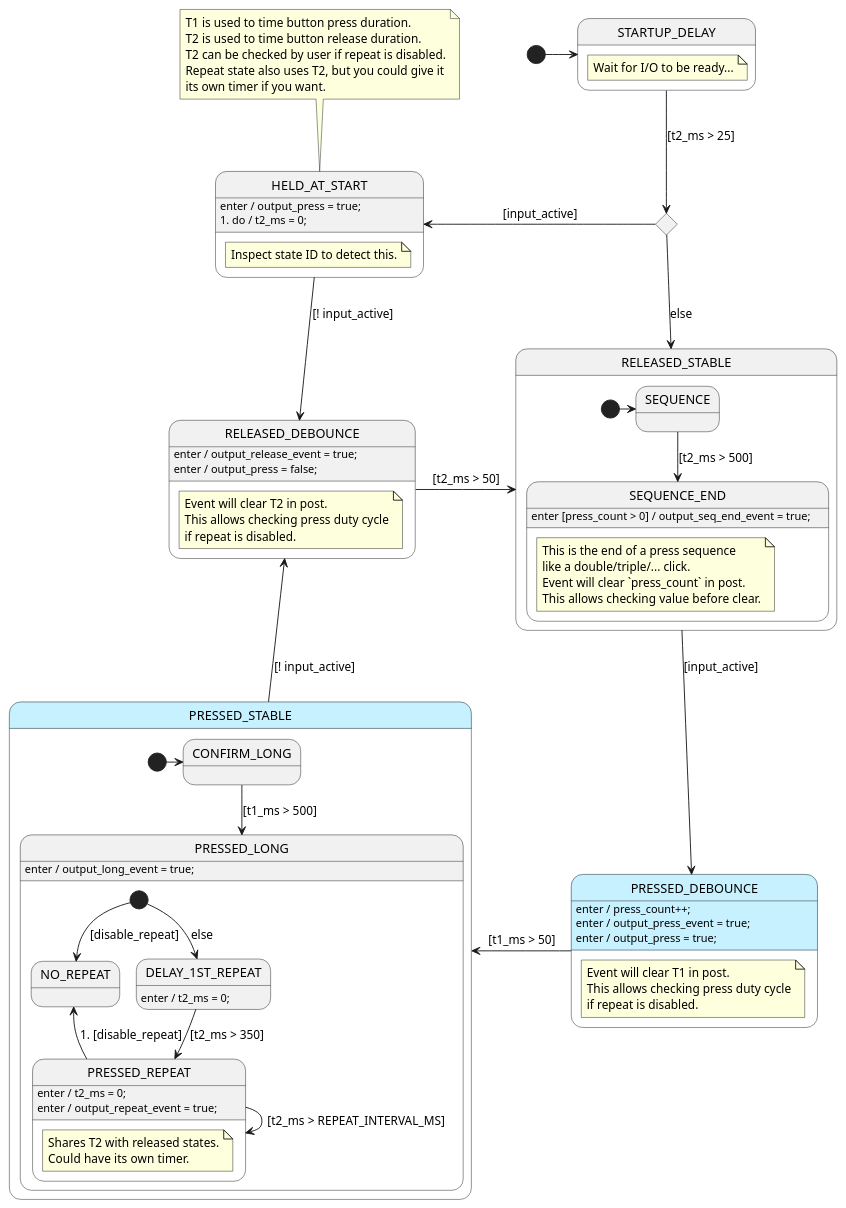
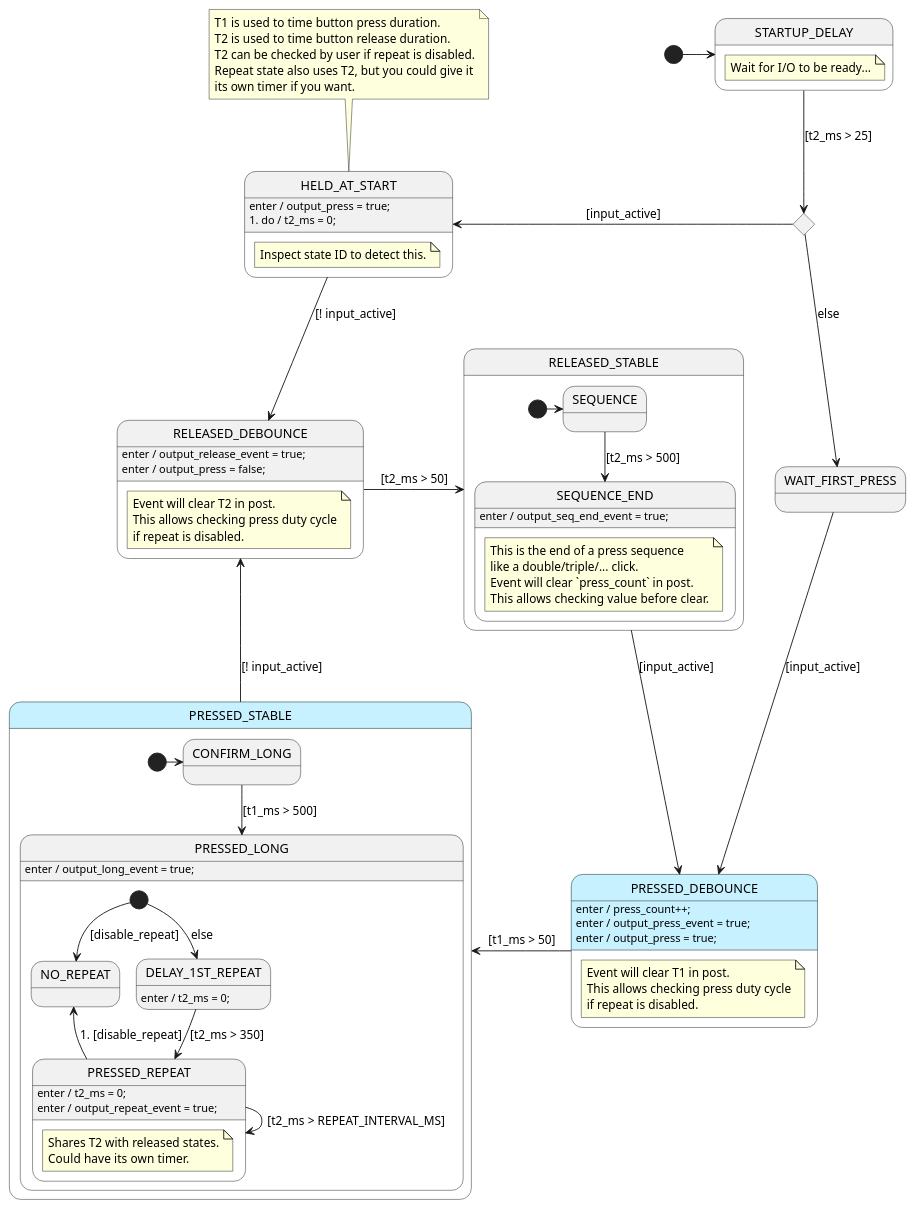
Before and after one commit to adamfk/bespoke-button: the diagram in src/bb2/bb2-c/BeButton2Sm.plantuml, drawn with PlantUML.

Commit message:
add wait first press

```diff
--- a/src/bb2/bb2-c/BeButton2Sm.plantuml
+++ b/src/bb2/bb2-c/BeButton2Sm.plantuml
@@ -1,174 +1,177 @@
 @startuml BeButton2Sm
 
 ' /////////////////////////// Styles ////////////////////////////////
 ' Define some colors for the states. Totally optional.
 skinparam state {
     ' pressed style:
     BackgroundColor<<press_style>> #c7f1ff
 }
 
 ' //////////////////////// STATE ORGANIZATION ///////////////////////
 ' Note: StateSmith treats state names and events as case insensitive.
 ' More info: https://github.com/StateSmith/StateSmith/wiki/PlantUML
 
 state STARTUP_DELAY  {
     note "Wait for I/O to be ready..." as N1
 }
 state INIT_CHOICE<<choice>>
 
 state HELD_AT_START {
     note "Inspect state ID to detect this." as N1
 }
 
 note top of HELD_AT_START
     T1 is used to time button press duration.
     T2 is used to time button release duration.
     T2 can be checked by user if repeat is disabled.
     Repeat state also uses T2, but you could give it
     its own timer if you want.
 end note
 
 state RELEASED_DEBOUNCE {
     note "Event will clear T2 in post.\nThis allows checking press duty cycle\nif repeat is disabled." as N1
 }
 state RELEASED_STABLE {
     state SEQUENCE
     state SEQUENCE_END  {
         note "This is the end of a press sequence\nlike a double/triple/... click.\nEvent will clear `press_count` in post.\nThis allows checking value before clear." as N1
     }
     [*] -> SEQUENCE
 }
+state WAIT_FIRST_PRESS
 
 state PRESSED_DEBOUNCE <<press_style>> {
     note "Event will clear T1 in post.\nThis allows checking press duty cycle\nif repeat is disabled." as N1
 }
 state PRESSED_STABLE <<press_style>> {
     [*] -> CONFIRM_LONG
     state CONFIRM_LONG
     state PRESSED_LONG {
         state NO_REPEAT
         state DELAY_1ST_REPEAT
         state PRESSED_REPEAT {
             note "Shares T2 with released states.\nCould have its own timer." as N1
         }
         [*] --> DELAY_1ST_REPEAT: else
         [*] --> NO_REPEAT: [disable_repeat]
     }
 }
 
 
 [*] -> STARTUP_DELAY
 
 
 
 ' ///////////////////////// STATE HANDLERS /////////////////////////
 ' Syntax: https://github.com/StateSmith/StateSmith/wiki/Behaviors
 
 STARTUP_DELAY -down-> INIT_CHOICE: [t2_ms > 25]
 
 INIT_CHOICE -left-> HELD_AT_START: [input_active]
-INIT_CHOICE --> RELEASED_STABLE: else
+INIT_CHOICE --> WAIT_FIRST_PRESS: else
+
+WAIT_FIRST_PRESS --> PRESSED_DEBOUNCE: [input_active]
 
 HELD_AT_START: enter / output_press = true;
 HELD_AT_START: 1. do / t2_ms = 0;
 HELD_AT_START --> RELEASED_DEBOUNCE: [! input_active]
 
 ' Wait for debounce time and then go to stable state.
 RELEASED_DEBOUNCE: enter / output_release_event = true;
 RELEASED_DEBOUNCE: enter / output_press = false;
 RELEASED_DEBOUNCE -right-> RELEASED_STABLE: [t2_ms > 50]
 
 ' Button is released. Wait for button press.
 RELEASED_STABLE -down-> PRESSED_DEBOUNCE: [input_active]
 
 SEQUENCE --> SEQUENCE_END: [t2_ms > 500]
 
-SEQUENCE_END: enter [press_count > 0] / output_seq_end_event = true;
+SEQUENCE_END: enter / output_seq_end_event = true;
 
 
 ' Wait for debounce time and then go to stable state.
 PRESSED_DEBOUNCE: enter / press_count++;
 PRESSED_DEBOUNCE: enter / output_press_event = true;
 PRESSED_DEBOUNCE: enter / output_press = true;
 PRESSED_DEBOUNCE -left-> PRESSED_STABLE: [t1_ms > 50]
 
 ' Button is pressed. Wait for button release.
 PRESSED_STABLE -up-> RELEASED_DEBOUNCE: [! input_active]
 
 ' Button is still pressed. Wait for long press time.
 CONFIRM_LONG --> PRESSED_LONG: [t1_ms > 500]
 
 ' Button has been pressed for a long time.
 ' Transition to repeat state if button remains pressed long enough.
 PRESSED_LONG: enter / output_long_event = true;
 
 DELAY_1ST_REPEAT: enter / t2_ms = 0;
 DELAY_1ST_REPEAT --> PRESSED_REPEAT: [t2_ms > 350]
 
 ' Keep setting the button repeat event every 250 ms.
 PRESSED_REPEAT: enter / t2_ms = 0;
 PRESSED_REPEAT: enter / output_repeat_event = true;
 PRESSED_REPEAT --> PRESSED_REPEAT: [t2_ms > REPEAT_INTERVAL_MS]
 PRESSED_REPEAT -up-> NO_REPEAT: 1. [disable_repeat]
 
 
 ' //////////////////////// StateSmith config ////////////////////////
 ' The below special comment block sets the StateSmith configuration.
 ' More info: https://github.com/StateSmith/StateSmith/issues/335
 
 /'! $CONFIG : toml
 SmRunnerSettings.transpilerId = "C99"
 
 RenderConfig.C.HFileIncludes = """
     #include "BeButton2Config.h"
 
     // Let other compilers ignore gcc specific attributes.
     // You can also disable GCC packed attributes by removing StateSmith setting `RenderConfig.C.CEnumDeclarer`.
     #if !defined(__GNUC__) && !defined(__clang__)
     #define __attribute__(x) /* nothing */
     #endif
     """
 RenderConfig.AutoExpandedVars = """
     //////////////////////////////////////////
     // INPUTS
     //////////////////////////////////////////
 
     // you need to add your loop time to this variable in your main loop.
     // max time is 65535 ms.
     uint16_t t1_ms;
 
     // you need to add your loop time to this variable in your main loop.
     // max time is 65535 ms.
     uint16_t t2_ms;
 
     // set to 1 when button is detected as active.
     uint8_t input_active: 1;
 
     // set to 1 to disable repeat events.
     // the repeat state uses t2
     uint8_t disable_repeat: 1;
 
     //////////////////////////////////////////
     // OUTPUTS
     //////////////////////////////////////////
 
     // read and clear event flags in your main loop.
     uint8_t output_release_event: 1;
     uint8_t output_press_event: 1;
     uint8_t output_long_event: 1;
     uint8_t output_repeat_event: 1;
     uint8_t output_seq_end_event: 1;
 
     // read these flags in your main loop, but don't clear them.
     // they are cleared automatically.
     uint8_t output_press: 1;
 
     uint8_t press_count;
 
     """
 
 # Uncomment the below line to potentially save a byte or two of RAM per state machine
 # by telling GCC to use the smallest enumeration integer type possible.
 RenderConfig.C.CEnumDeclarer = "typedef enum __attribute__((packed)) {enumName}"
 '/
 @enduml
```
